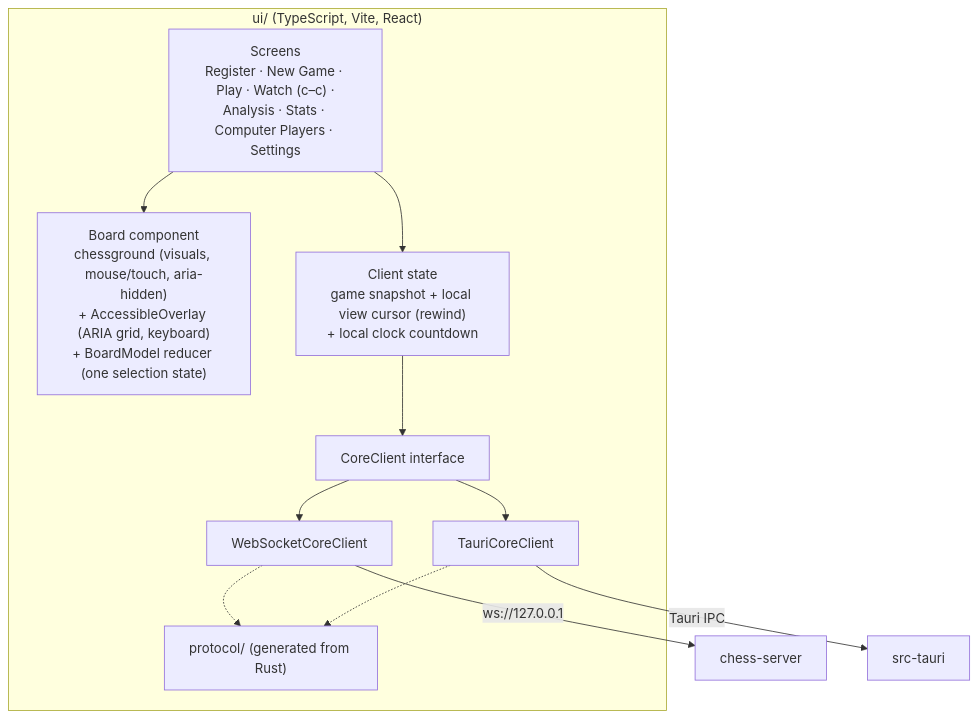
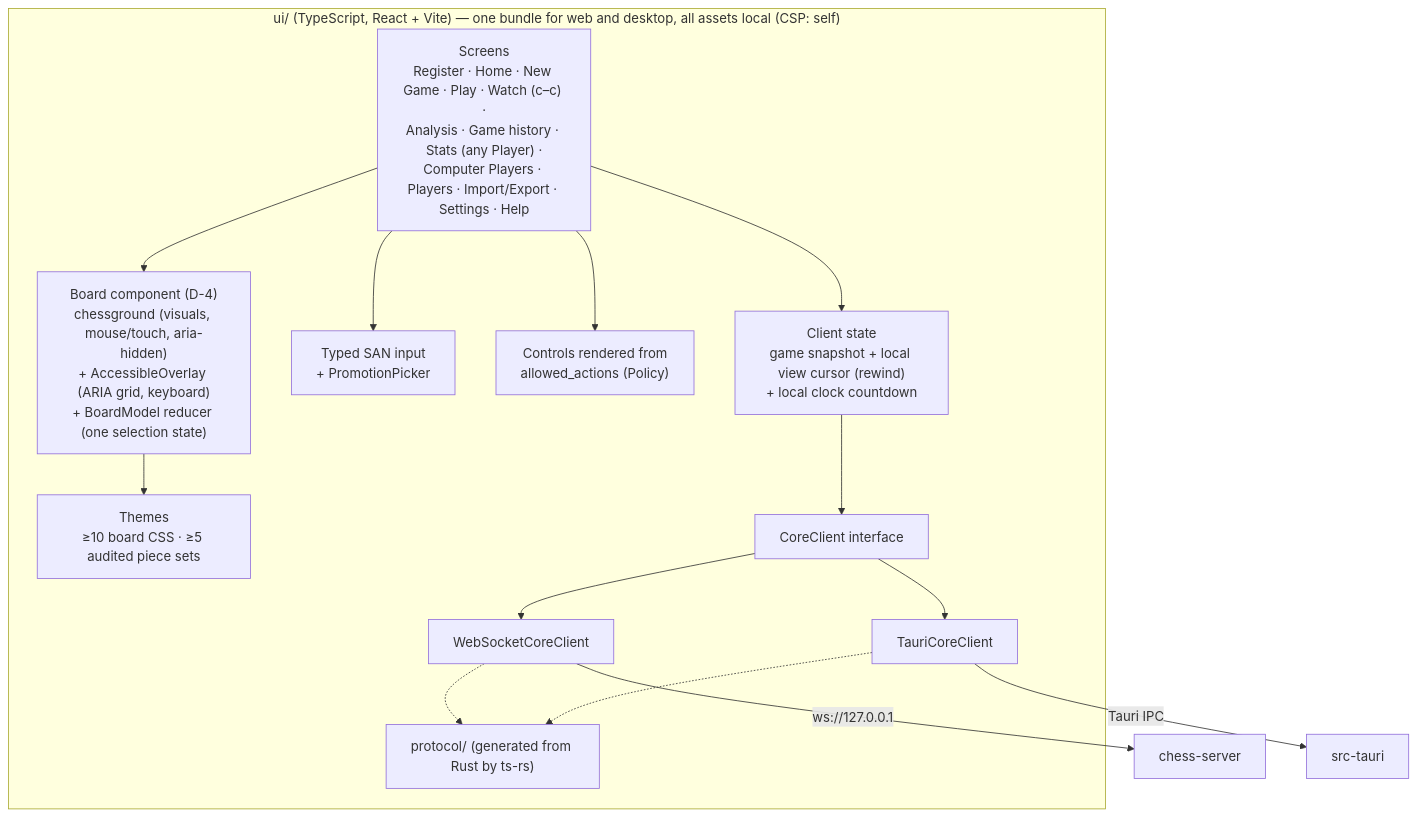
Before and after one commit to bprascher/chess: the ninth of 12 diagrams in docs/architecture.md, drawn with Mermaid. The commit also changed other lines of this file and 3 other files, not shown here.

First line of the commit message:
Baseline requirements and architecture v1.0

````diff
--- a/docs/architecture.md
+++ b/docs/architecture.md
@@ -516,21 +768,27 @@
 ```mermaid
 flowchart TB
-    subgraph ui["ui/ (TypeScript, Vite, React)"]
-        screens["Screens<br/>Register · New Game · Play · Watch (c–c) ·<br/>Analysis · Stats · Computer Players · Settings"]
-        board["Board component<br/>chessground (visuals, mouse/touch, aria-hidden)<br/>+ AccessibleOverlay (ARIA grid, keyboard)<br/>+ BoardModel reducer (one selection state)"]
+    subgraph ui["ui/ (TypeScript, React + Vite) — one bundle for web and desktop, all assets local (CSP: self)"]
+        screens["Screens<br/>Register · Home · New Game · Play · Watch (c–c) ·<br/>Analysis · Game history · Stats (any Player) ·<br/>Computer Players · Players · Import/Export · Settings · Help"]
+        board["Board component (D-4)<br/>chessground (visuals, mouse/touch, aria-hidden)<br/>+ AccessibleOverlay (ARIA grid, keyboard)<br/>+ BoardModel reducer (one selection state)"]
+        san["Typed SAN input<br/>+ PromotionPicker"]
+        controls["Controls rendered from<br/>allowed_actions (Policy)"]
         store["Client state<br/>game snapshot + local view cursor (rewind)<br/>+ local clock countdown"]
+        themes["Themes<br/>≥10 board CSS · ≥5 audited piece sets"]
         client["CoreClient interface"]
         ws["WebSocketCoreClient"]
         tc["TauriCoreClient"]
-        gen["protocol/ (generated from Rust)"]
+        gen["protocol/ (generated from Rust by ts-rs)"]
         screens --> board
+        screens --> san
+        screens --> controls
         screens --> store
+        board --> themes
         store --> client
         client --> ws
         client --> tc
         ws -.-> gen
         tc -.-> gen
     end
     ws -- "ws://127.0.0.1" --> server["chess-server"]
     tc -- "Tauri IPC" --> tauri["src-tauri"]
 ```
````
